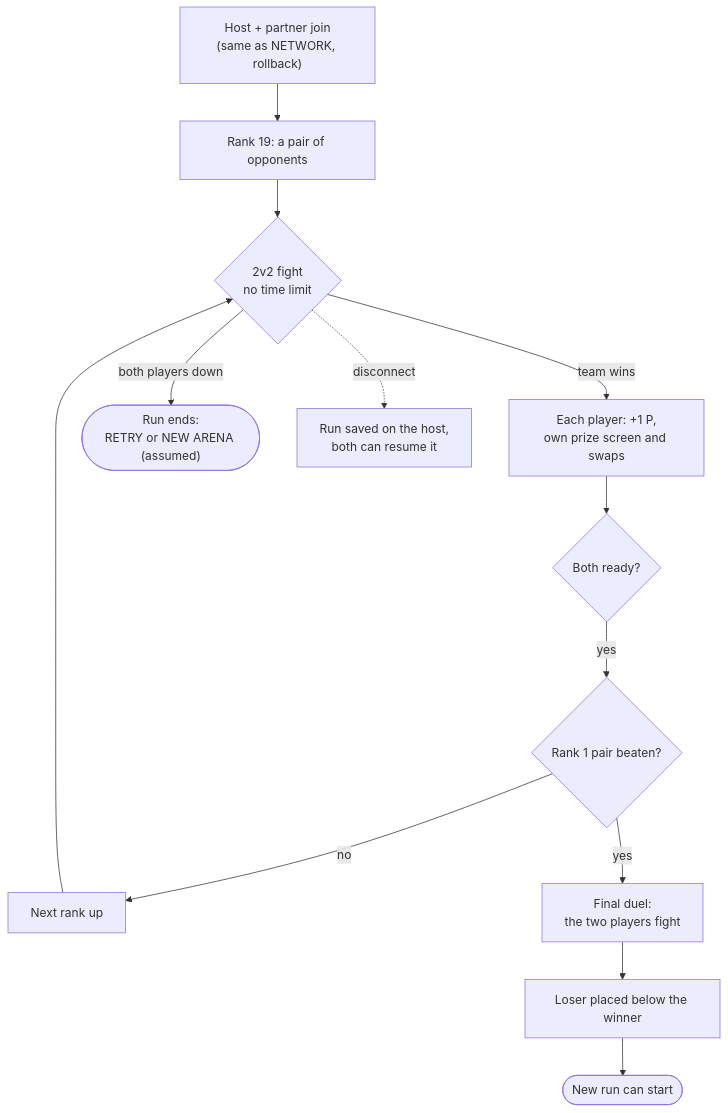
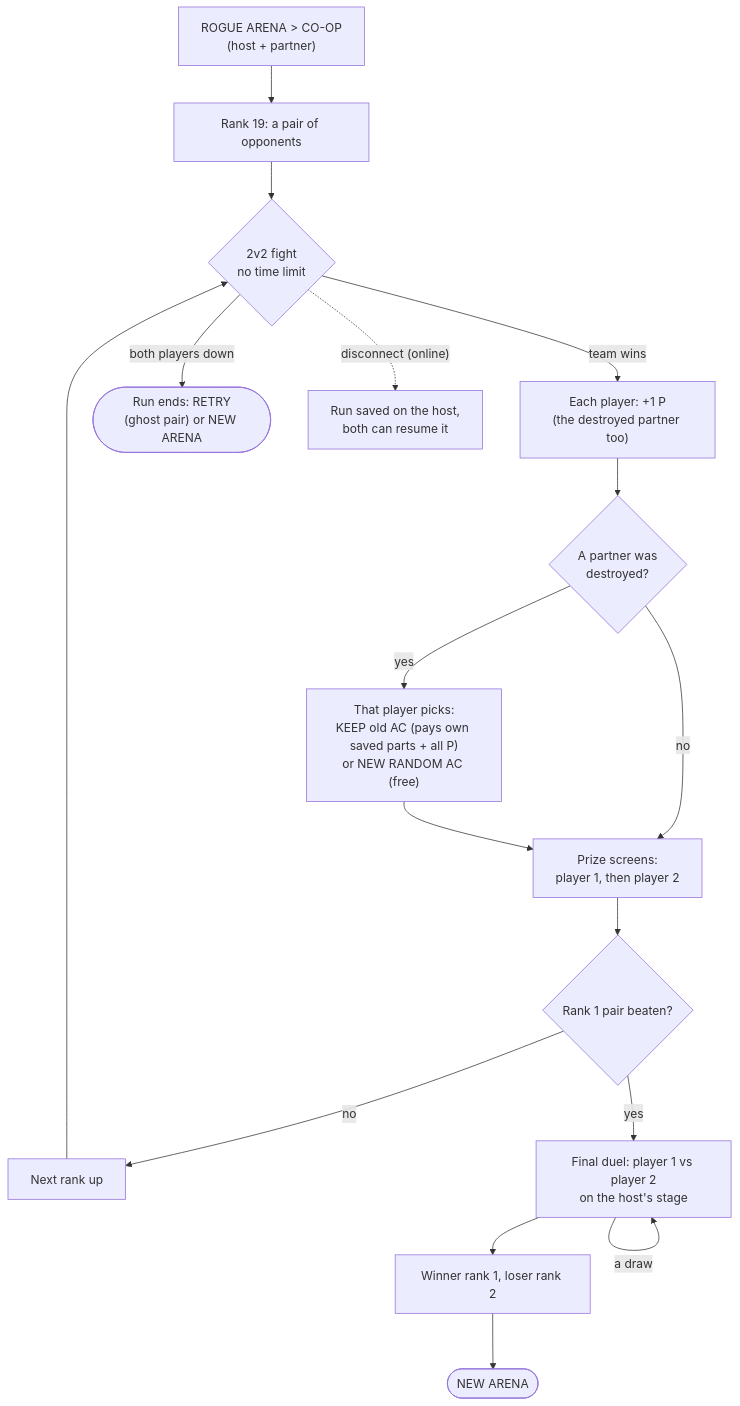
Before and after one commit to Hatdagger/Armored-CoreR: the diagram in docs/ROGUE-ARENA-COOP.md, drawn with Mermaid. The commit also changed other lines of this file and 1 other file, not shown here.

First line of the commit message:
Docs: Rogue Arena co-op decisions, progress and how to try it

````diff
--- a/docs/ROGUE-ARENA-COOP.md
+++ b/docs/ROGUE-ARENA-COOP.md
@@ -11,14 +13,18 @@
 ```mermaid
 flowchart TD
-    H["Host + partner join<br/>(same as NETWORK, rollback)"] --> R["Rank 19: a pair of opponents"]
+    M["ROGUE ARENA > CO-OP<br/>(host + partner)"] --> R["Rank 19: a pair of opponents"]
     R --> F{"2v2 fight<br/>no time limit"}
-    F -- "team wins" --> PZ["Each player: +1 P,<br/>own prize screen and swaps"]
-    PZ --> RD{"Both ready?"}
-    RD -- yes --> NX{"Rank 1 pair beaten?"}
+    F -- "team wins" --> P["Each player: +1 P<br/>(the destroyed partner too)"]
+    P --> RJ{"A partner was<br/>destroyed?"}
+    RJ -- yes --> CH["That player picks:<br/>KEEP old AC (pays own saved parts + all P)<br/>or NEW RANDOM AC (free)"]
+    RJ -- no --> PZ
+    CH --> PZ["Prize screens:<br/>player 1, then player 2"]
+    PZ --> NX{"Rank 1 pair beaten?"}
     NX -- no --> R2["Next rank up"] --> F
-    NX -- yes --> D["Final duel:<br/>the two players fight"]
-    D --> L["Loser placed below the winner"]
-    L --> NEW(["New run can start"])
-    F -- "both players down" --> END(["Run ends:<br/>RETRY or NEW ARENA (assumed)"])
-    F -. "disconnect" .-> SV["Run saved on the host,<br/>both can resume it"]
+    NX -- yes --> D["Final duel: player 1 vs player 2<br/>on the host's stage"]
+    D -- "a draw" --> D
+    D --> L["Winner rank 1, loser rank 2"]
+    L --> NEW(["NEW ARENA"])
+    F -- "both players down" --> END(["Run ends: RETRY<br/>(ghost pair) or NEW ARENA"])
+    F -. "disconnect (online)" .-> SV["Run saved on the host,<br/>both can resume it"]
 ```
````
